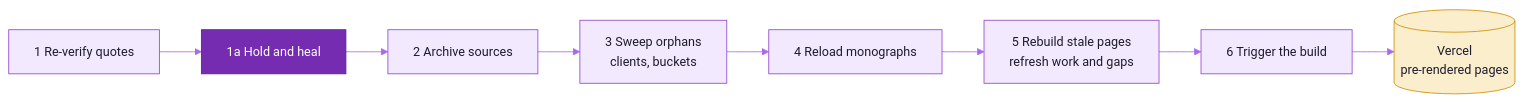
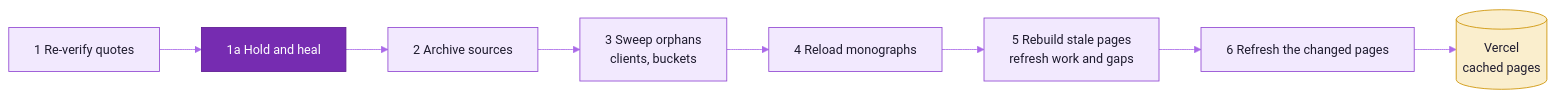
One commit to ankits1802/science-behind-craft changed the diagram in docs/contracts/nightly-upkeep.md. Above: the diagram before and after it, drawn with Mermaid. The commit also changed other lines of this file and 13 other files, not shown here.

Commit message:
The nightly upkeep refreshes only the pages whose monograph, snapshot or stored document changed and never rebuilds the site, so an unchanged page is not re-rendered every day and a night that changed nothing sends nothing

````diff
--- a/docs/contracts/nightly-upkeep.md
+++ b/docs/contracts/nightly-upkeep.md
@@ -23,15 +23,15 @@
 ```mermaid
 %%{init: {"theme":"base","fontFamily":"Inter, ui-sans-serif, system-ui, -apple-system, Segoe UI, Roboto, Helvetica, Arial, sans-serif","themeVariables":{"fontSize":"15px","primaryColor":"#F2E9FE","primaryTextColor":"#1E1B2E","primaryBorderColor":"#9148D2","secondaryColor":"#FAEECD","secondaryTextColor":"#1E1B2E","secondaryBorderColor":"#CD9200","tertiaryColor":"#F3F1FA","tertiaryTextColor":"#1E1B2E","tertiaryBorderColor":"#A7A3BC","mainBkg":"#F2E9FE","nodeBorder":"#9148D2","nodeTextColor":"#1E1B2E","lineColor":"#AA69E9","textColor":"#857F9E","edgeLabelBackground":"#F9F5FF","clusterBkg":"#F9F5FF","clusterBorder":"#D6B6FB","titleColor":"#762CB1"}}}%%
 flowchart LR
   Q["1 Re-verify quotes"] --> H["1a Hold and heal"]
   H --> A["2 Archive sources"]
   A --> O["3 Sweep orphans<br/>clients, buckets"]
   O --> M["4 Reload monographs"]
   M --> P["5 Rebuild stale pages<br/>refresh work and gaps"]
-  P --> B["6 Trigger the build"]
-  B --> V[("Vercel<br/>pre-rendered pages")]
+  P --> B["6 Refresh the changed pages"]
+  B --> V[("Vercel<br/>cached pages")]
   classDef accent fill:#762CB1,stroke:#5F1C93,color:#FFFFFF
   classDef gold fill:#FAEECD,stroke:#CD9200,color:#1E1B2E
   class H accent
   class V gold
 ```
````
